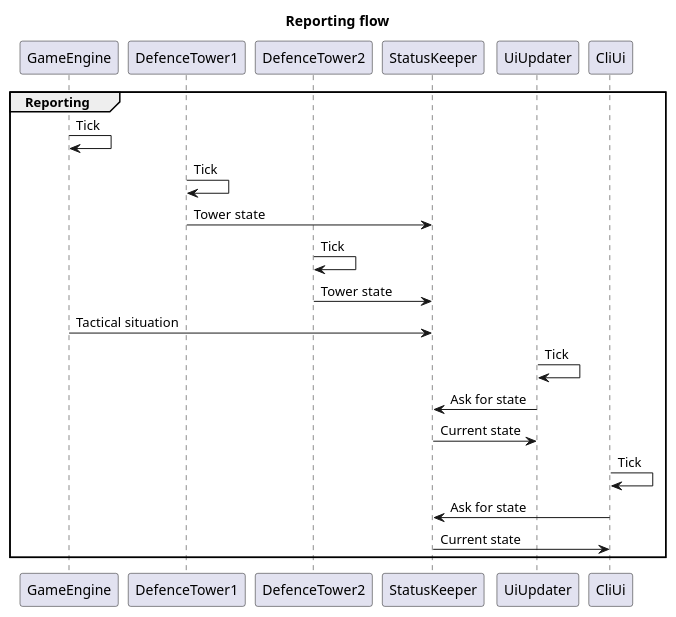
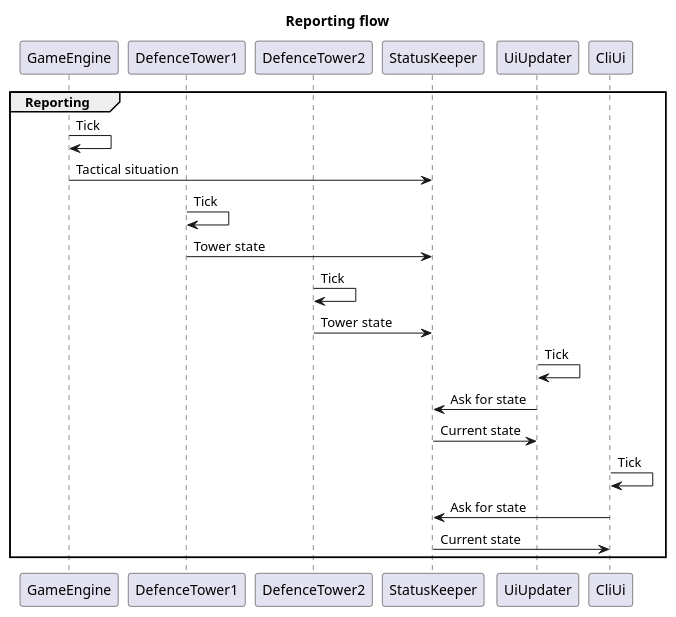
Before and after one commit to otrebski/reactive-missile-defend: the second of 2 diagrams in puml/Flow.puml, drawn with PlantUML. The commit also changed other lines of this file and 1 other file, not shown here.

```diff
--- a/puml/Flow.puml
+++ b/puml/Flow.puml
@@ -13,21 +13,21 @@
 @startuml
 title Reporting flow
 participant GameEngine
 participant DefenceTower1
 participant DefenceTower2
 group Reporting
 GameEngine -> GameEngine: Tick
+GameEngine -> StatusKeeper: Tactical situation
 DefenceTower1 -> DefenceTower1: Tick
 DefenceTower1 -> StatusKeeper: Tower state
 DefenceTower2 -> DefenceTower2: Tick
 DefenceTower2 -> StatusKeeper: Tower state
-GameEngine -> StatusKeeper: Tactical situation
 UiUpdater -> UiUpdater: Tick
 UiUpdater -> StatusKeeper: Ask for state
 UiUpdater <- StatusKeeper: Current state
 CliUi -> CliUi: Tick
 CliUi -> StatusKeeper: Ask for state
 CliUi <- StatusKeeper: Current state
 end
 
 @enduml
```
